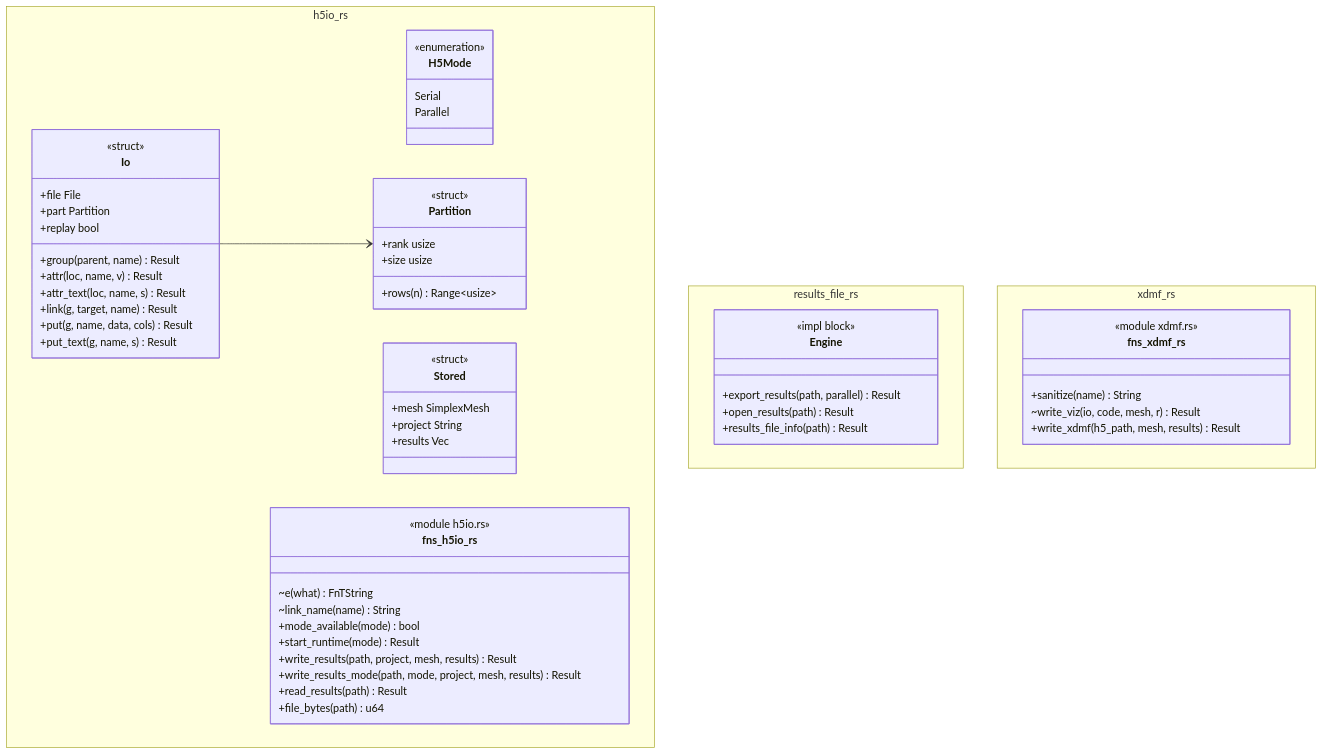
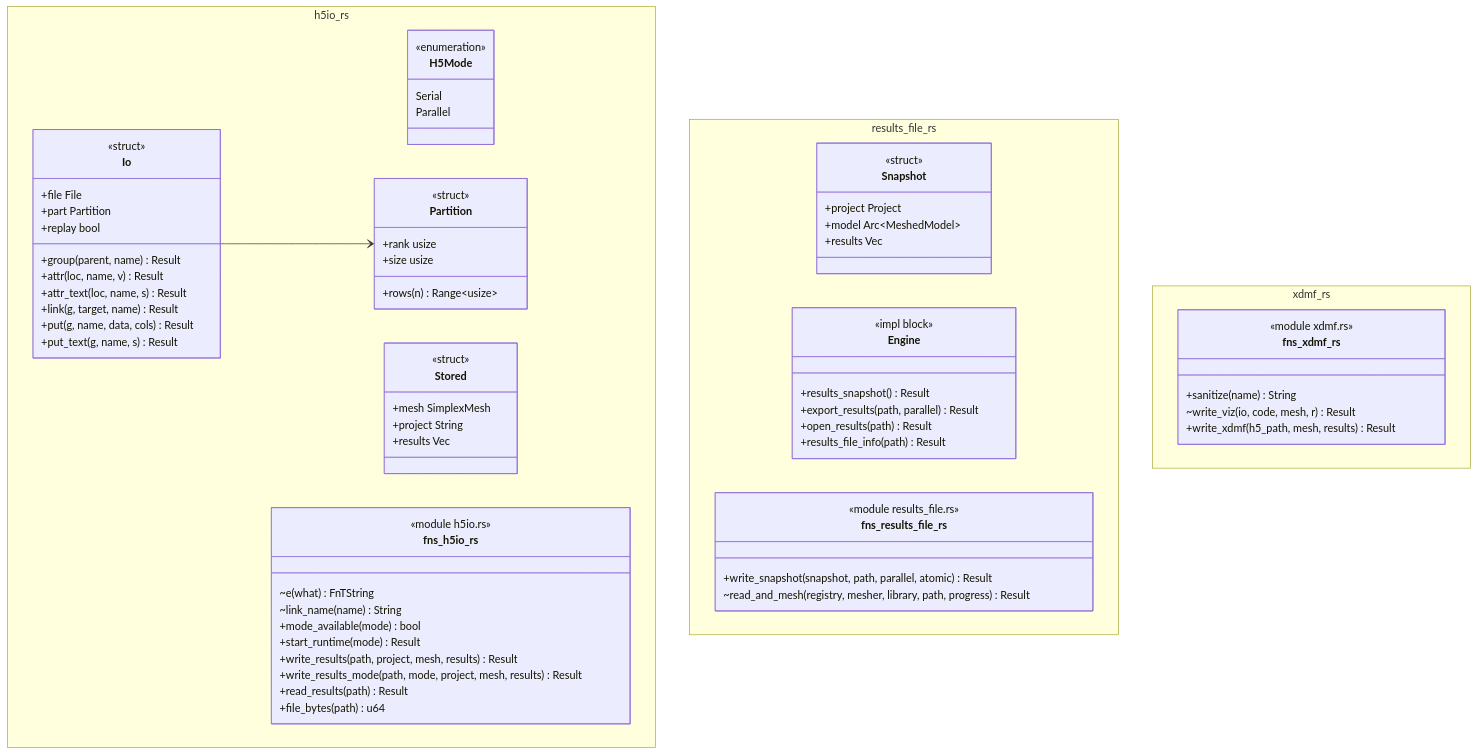
The diagram in docs/architecture/c4/4-code/engine/resultsIO.md (p-j-r/nyx), drawn with Mermaid before and after one commit. The commit also changed other lines of this file and 48 other files, not shown here.

First line of the commit message:
P2: every long operation is a job (ADR 85, provisional number): cancellable mesh jobs with stages, convergence check, open_results and results.h5 write as jobs, cancel_requested and stage_seconds in job info, jobs of a replaced project dropped, the window never blocks on the engine

````diff
--- a/docs/architecture/c4/4-code/engine/resultsIO.md
+++ b/docs/architecture/c4/4-code/engine/resultsIO.md
@@ -38,62 +41,74 @@
 ```mermaid
 classDiagram
   namespace h5io_rs {
     class H5Mode {
         <<enumeration>>
         Serial
         Parallel
     }
     class Partition {
         <<struct>>
         +rank usize
         +size usize
         +rows(n) Range~usize~
     }
     class Io {
         <<struct>>
         +file File
         +part Partition
         +replay bool
         +group(parent, name) Result
         +attr(loc, name, v) Result
         +attr_text(loc, name, s) Result
         +link(g, target, name) Result
         +put(g, name, data, cols) Result
         +put_text(g, name, s) Result
     }
     class Stored {
         <<struct>>
         +mesh SimplexMesh
         +project String
         +results Vec
     }
     class fns_h5io_rs {
         <<module h5io.rs>>
         ~e(what) FnTString
         ~link_name(name) String
         +mode_available(mode) bool
         +start_runtime(mode) Result
         +write_results(path, project, mesh, results) Result
         +write_results_mode(path, mode, project, mesh, results) Result
         +read_results(path) Result
         +file_bytes(path) u64
     }
   }
   namespace results_file_rs {
+    class Snapshot {
+        <<struct>>
+        +project Project
+        +model Arc~MeshedModel~
+        +results Vec
+    }
     class Engine {
         <<impl block>>
+        +results_snapshot() Result
         +export_results(path, parallel) Result
         +open_results(path) Result
         +results_file_info(path) Result
+    }
+    class fns_results_file_rs {
+        <<module results_file.rs>>
+        +write_snapshot(snapshot, path, parallel, atomic) Result
+        ~read_and_mesh(registry, mesher, library, path, progress) Result
     }
   }
   namespace xdmf_rs {
     class fns_xdmf_rs {
         <<module xdmf.rs>>
         +sanitize(name) String
         ~write_viz(io, code, mesh, r) Result
         +write_xdmf(h5_path, mesh, results) Result
     }
   }
   Io --> Partition
 ```
````
